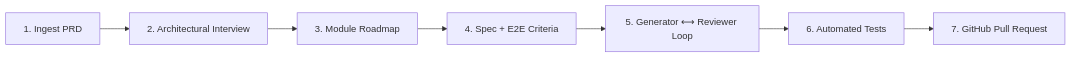
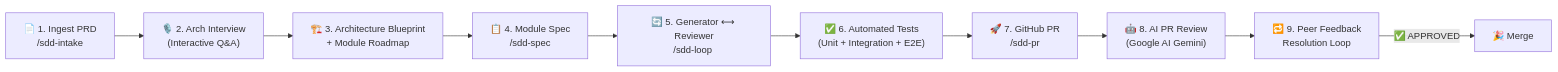
The first of 3 diagrams in README.md (akazad13/shopizy-microservice), drawn with Mermaid before and after one commit. The commit also changed other lines of this file and 1 other file, not shown here.

Commit message:
docs: comprehensive README and workflow guide covering full SDD AI pipeline

````diff
--- a/README.md
+++ b/README.md
@@ -11,9 +44,12 @@
 ```mermaid
 flowchart LR
-    PRD[1. Ingest PRD] --> Interview[2. Architectural Interview]
-    Interview --> Decompose[3. Module Roadmap]
-    Decompose --> Spec[4. Spec + E2E Criteria]
-    Spec --> Loop[5. Generator ⟷ Reviewer Loop]
-    Loop --> Tests[6. Automated Tests]
-    Tests --> PR[7. GitHub Pull Request]
+    PRD["📄 1. Ingest PRD\n/sdd-intake"] --> Interview["🎙️ 2. Arch Interview\n(Interactive Q&A)"]
+    Interview --> Blueprint["🏗️ 3. Architecture Blueprint\n+ Module Roadmap"]
+    Blueprint --> Spec["📋 4. Module Spec\n/sdd-spec <module>"]
+    Spec --> Loop["🔄 5. Generator ⟷ Reviewer\n/sdd-loop <module>"]
+    Loop --> Tests["✅ 6. Automated Tests\n(Unit + Integration + E2E)"]
+    Tests --> PR["🚀 7. GitHub PR\n/sdd-pr <module>"]
+    PR --> Review["🤖 8. AI PR Review\n(Google AI Gemini)"]
+    Review --> Feedback["🔁 9. Peer Feedback\nResolution Loop"]
+    Feedback --> |"✅ APPROVED"| Merge["🎉 Merge"]
 ```
````
